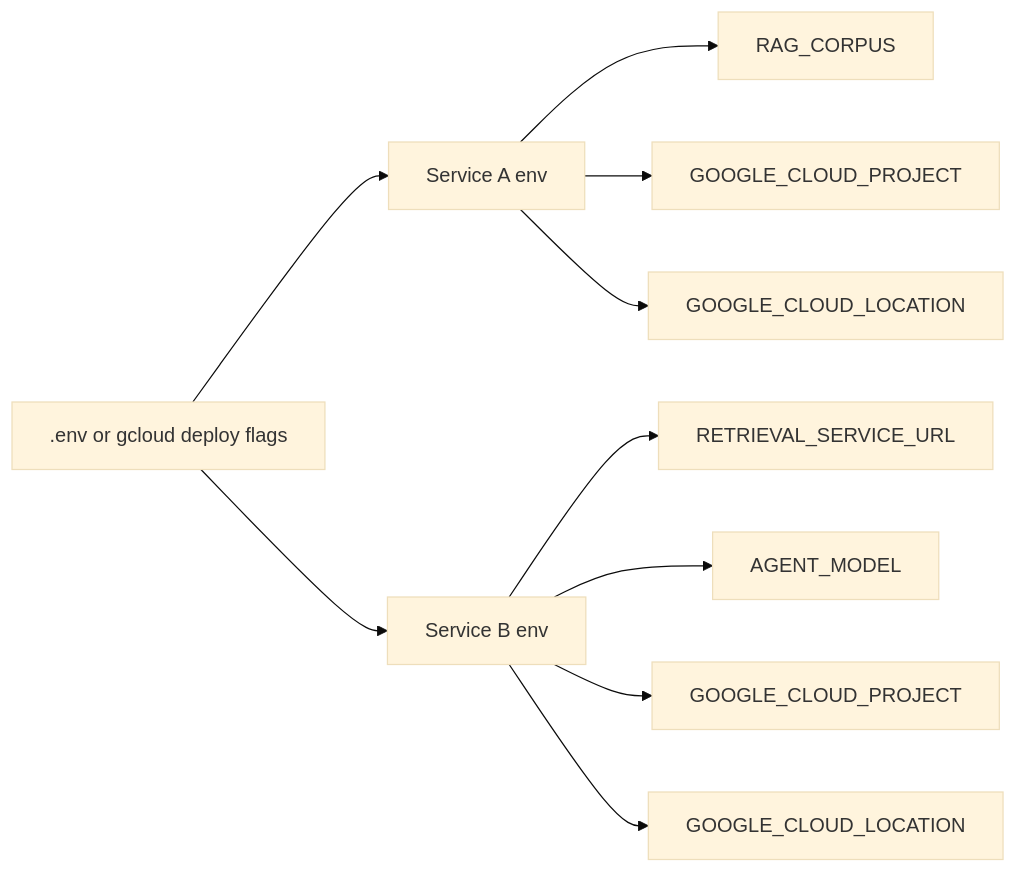
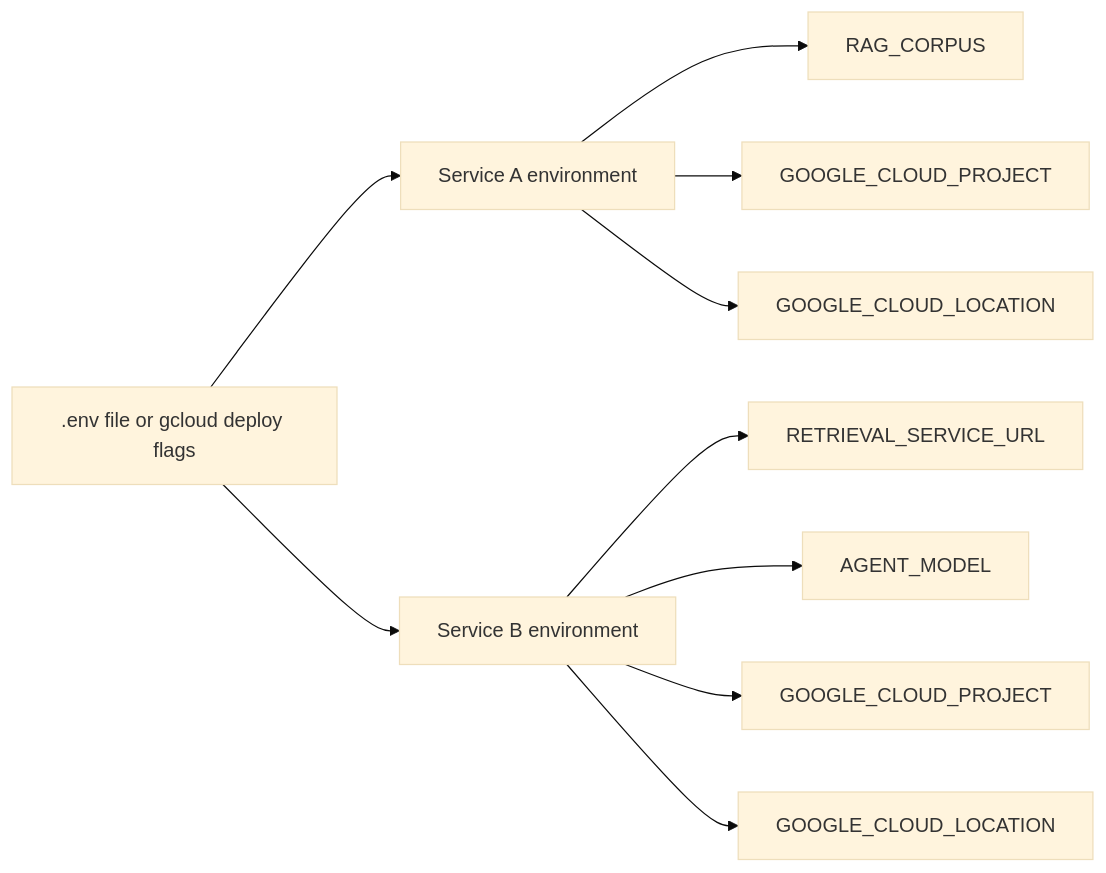
One commit to mohitagr18/ch10-cloud-agent-patterns changed the diagram in workflow/06-env-wiring.md. Above: the diagram before and after it, drawn with Mermaid (base theme). The commit also changed other lines of this file, not shown here.

Commit message:
Polish workflow captions and Mermaid labels for publisher-friendly chapter figures

````diff
--- a/workflow/06-env-wiring.md
+++ b/workflow/06-env-wiring.md
@@ -10,14 +11,14 @@
 ```mermaid
 flowchart LR
-    A[.env or gcloud deploy flags] --> B[Service A env]
-    A --> C[Service B env]
+    A[.env file or gcloud deploy flags] --> B[Service A environment]
+    A --> C[Service B environment]
 
     B --> D[RAG_CORPUS]
     B --> E[GOOGLE_CLOUD_PROJECT]
     B --> F[GOOGLE_CLOUD_LOCATION]
 
     C --> G[RETRIEVAL_SERVICE_URL]
     C --> H[AGENT_MODEL]
     C --> I[GOOGLE_CLOUD_PROJECT]
     C --> J[GOOGLE_CLOUD_LOCATION]
 ```
````
